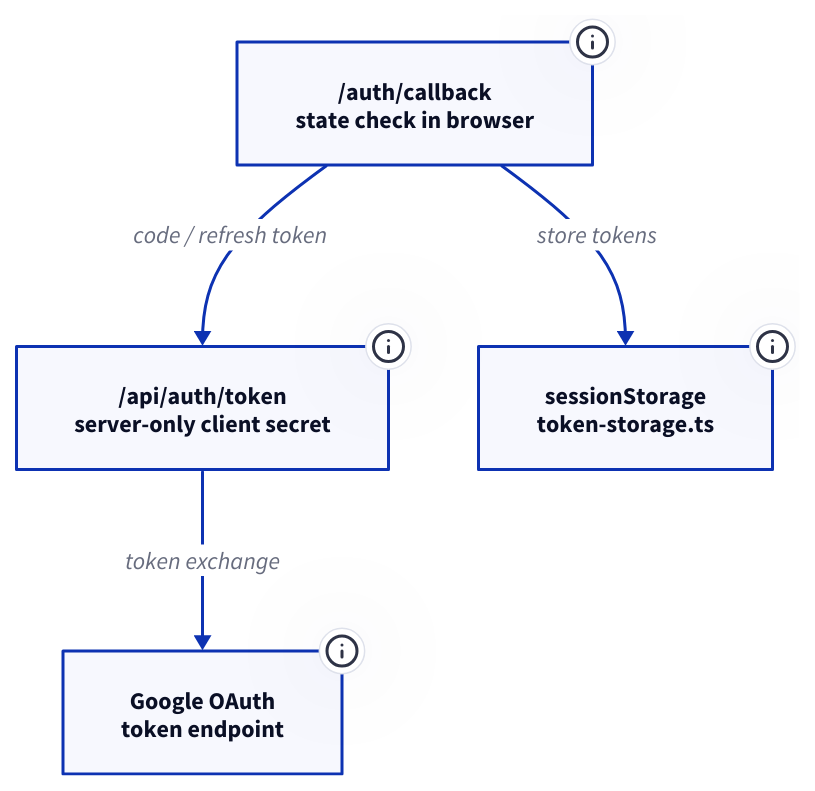
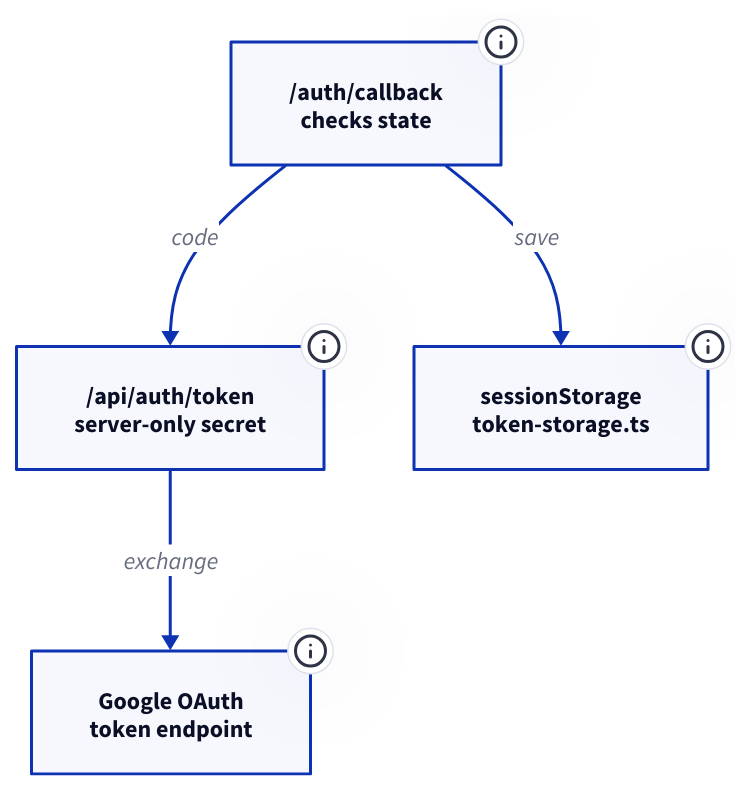
The diagram in data/projects/diagrams/mailflow-ai-signin.d2 (kunalgoesbyken/portfoliov1), drawn with D2 before and after one commit. The commit also changed 50 other files, not shown here.

First line of the commit message:
Fill the column with every architecture diagram

```diff
--- a/data/projects/diagrams/mailflow-ai-signin.d2
+++ b/data/projects/diagrams/mailflow-ai-signin.d2
@@ -1,23 +1,23 @@
-auth: /auth/callback\nstate check in browser {
+auth: /auth/callback\nchecks state {
   class: service
   tooltip: "Runs in the browser. Checks the random OAuth state that initiateOAuth() stored in sessionStorage, then sends the code to the token route. Token refresh in services/auth.ts goes through the same route."
 }
 
-oauth: "/api/auth/token\nserver-only client secret" {
+oauth: "/api/auth/token\nserver-only secret" {
   class: service
   tooltip: "Exchanges the authorization code, and later the refresh token, for tokens at Google using GMAIL_CLIENT_SECRET, which is never sent to the browser."
 }
 
 google: Google OAuth\ntoken endpoint {
   class: external
   tooltip: "The sign-in redirect asks for the gmail.modify scope. The token endpoint serves the code exchange and refresh."
 }
 
 tokens: sessionStorage\ntoken-storage.ts {
   class: store
   tooltip: "Holds the access and refresh tokens returned by the token route. They live in sessionStorage, so a closed tab signs the user out."
 }
 
-auth -> oauth: code / refresh token
-oauth -> google: token exchange
-auth -> tokens: store tokens
+auth -> oauth: code
+oauth -> google: exchange
+auth -> tokens: save
```
